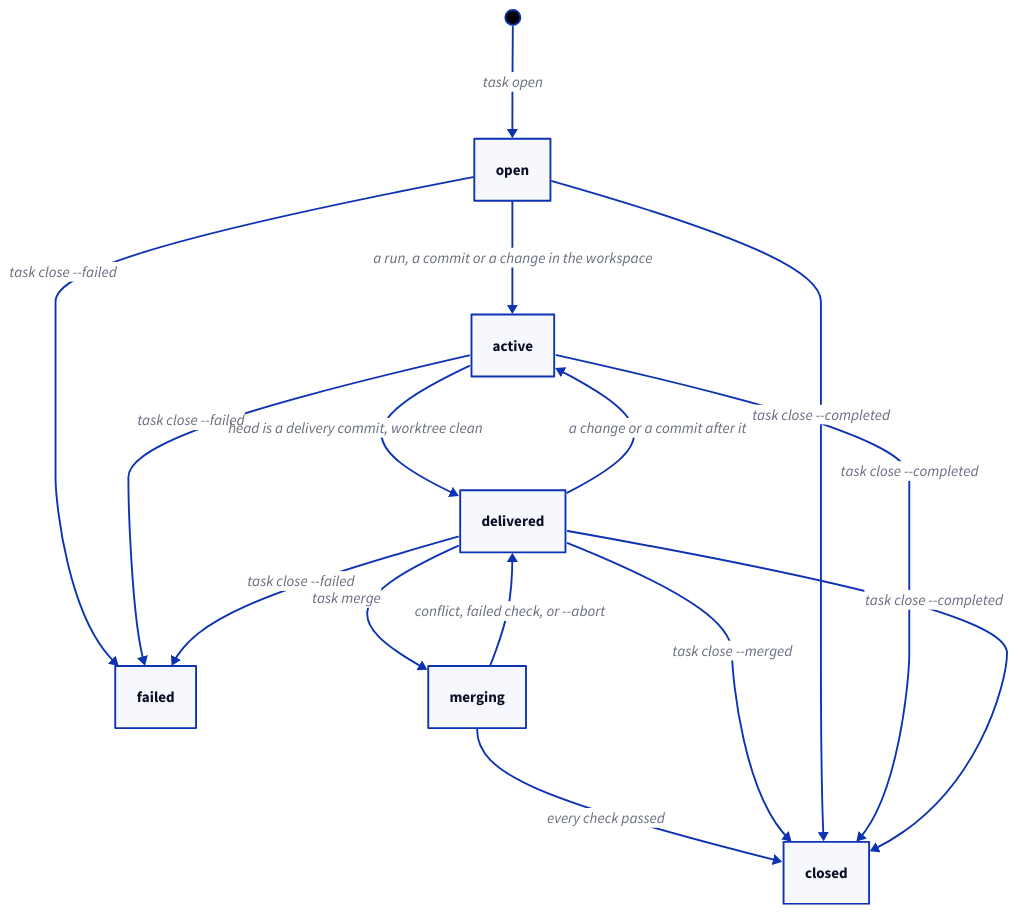
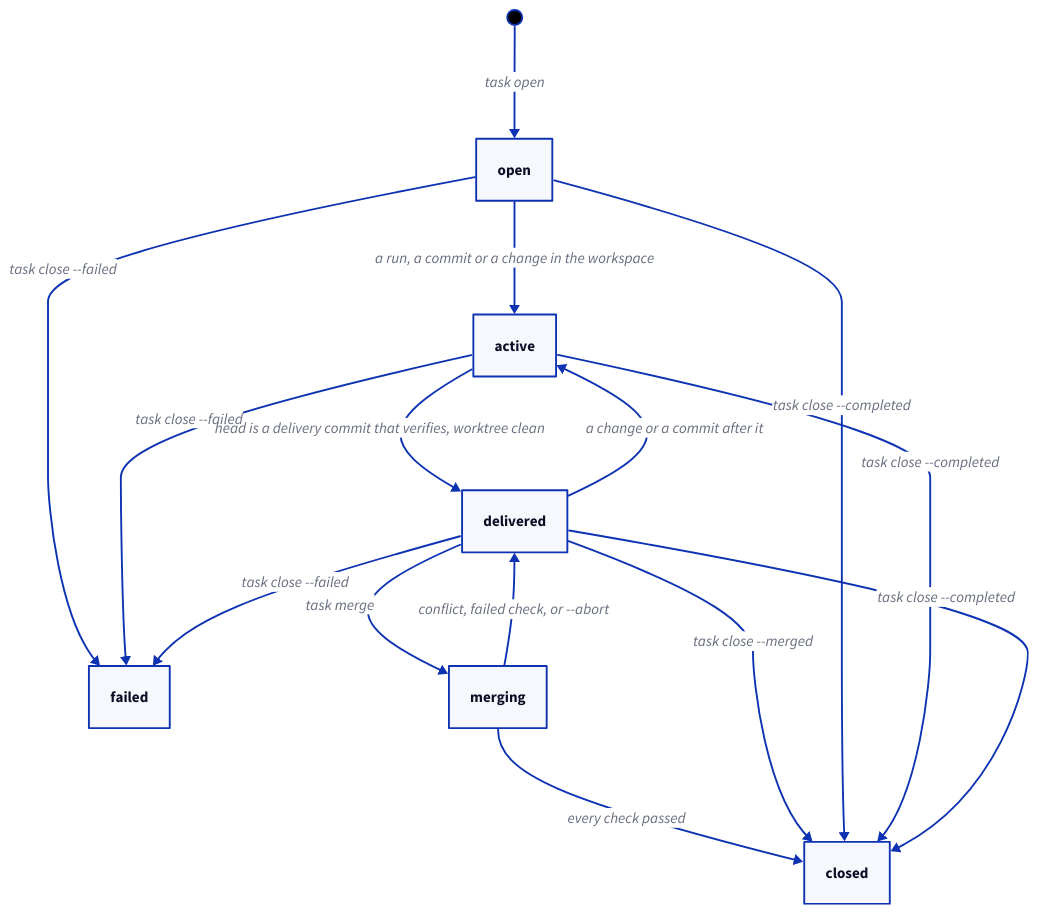
One commit to FTOD/concorde changed the first of 3 diagrams in specs/concorde/coordination/tasks/module.md. Above: the diagram before and after it, drawn with D2. The commit also changed other lines of this file and 10 other files, not shown here.

First line of the commit message:
Tasks: count and merge a delivery commit only when it verifies

````diff
--- a/specs/concorde/coordination/tasks/module.md
+++ b/specs/concorde/coordination/tasks/module.md
@@ -136,23 +136,23 @@
 ```d2 illustrative
 start: "" {shape: circle; width: 16; height: 16; style.fill: black}
 open
 active
 delivered
 closed
 failed
 merging
 start -> open: task open
 open -> active: a run, a commit or a change in the workspace
-active -> delivered: head is a delivery commit, worktree clean
+active -> delivered: head is a delivery commit that verifies, worktree clean
 delivered -> active: a change or a commit after it
 delivered -> merging: task merge
 merging -> closed: every check passed
 merging -> delivered: conflict, failed check, or --abort
 delivered -> closed: task close --merged
 open -> closed: task close --completed
 active -> closed: task close --completed
 delivered -> closed: task close --completed
 open -> failed: task close --failed
 active -> failed: task close --failed
 delivered -> failed: task close --failed
 ```
````
